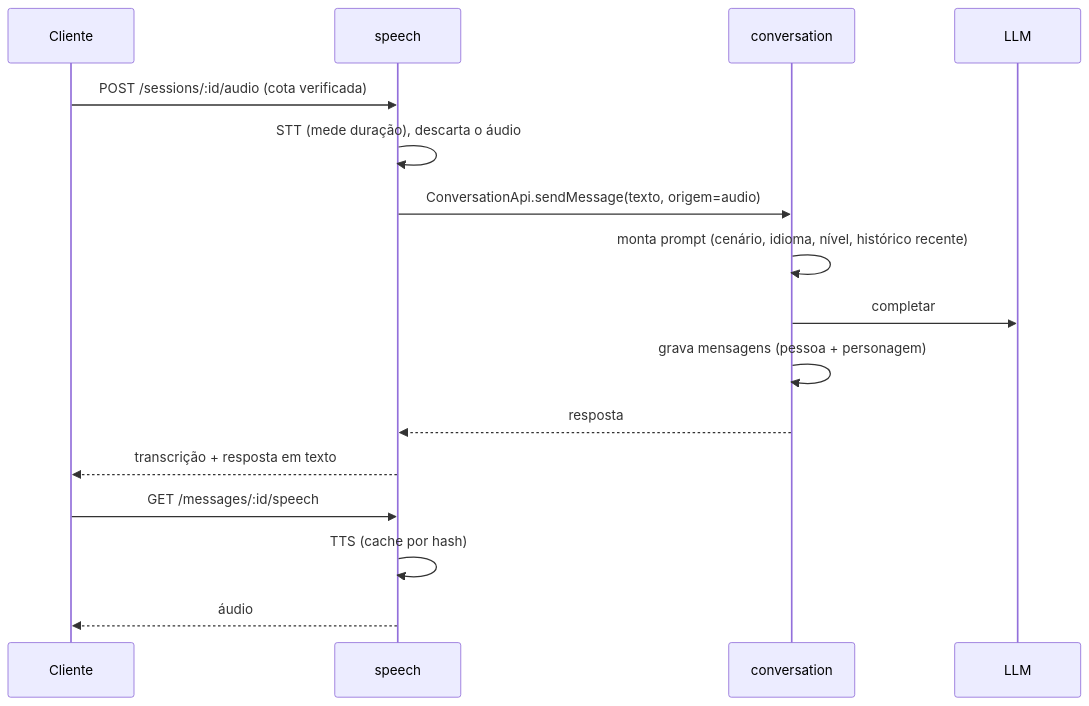
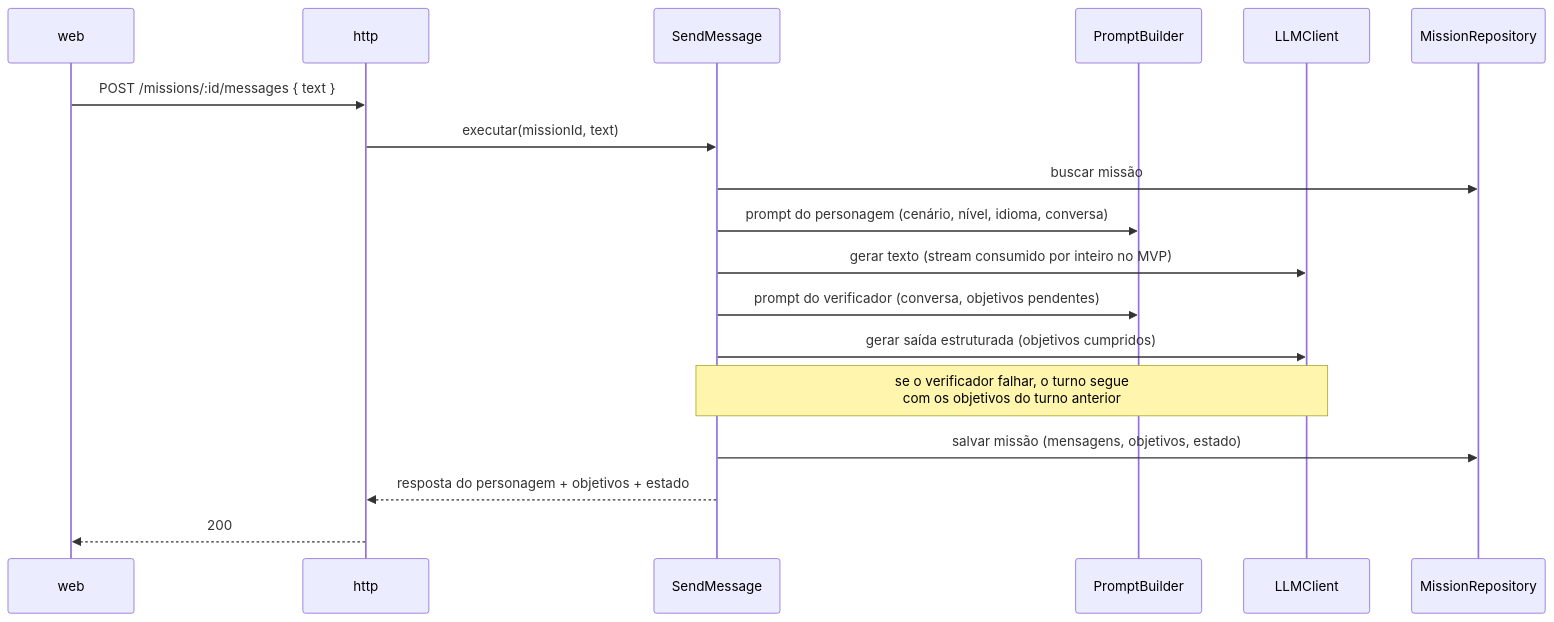
Before and after one commit to BielPimentaDev/languageApp: the third of 3 diagrams in docs/architecture.md, drawn with Mermaid. The commit also changed other lines of this file and 57 other files, not shown here.

````diff
--- a/docs/architecture.md
+++ b/docs/architecture.md
@@ -433,18 +155,20 @@
 ```mermaid
 sequenceDiagram
-  participant C as Cliente
-  participant S as speech
-  participant V as conversation
-  participant L as LLM
-  C->>S: POST /sessions/:id/audio (cota verificada)
-  S->>S: STT (mede duração), descarta o áudio
-  S->>V: ConversationApi.sendMessage(texto, origem=audio)
-  V->>V: monta prompt (cenário, idioma, nível, histórico recente)
-  V->>L: completar
-  V->>V: grava mensagens (pessoa + personagem)
-  V-->>S: resposta
-  S-->>C: transcrição + resposta em texto
-  C->>S: GET /messages/:id/speech
-  S->>S: TTS (cache por hash)
-  S-->>C: áudio
+  participant W as web
+  participant H as http
+  participant S as SendMessage
+  participant P as PromptBuilder
+  participant L as LLMClient
+  participant R as MissionRepository
+  W->>H: POST /missions/:id/messages { text }
+  H->>S: executar(missionId, text)
+  S->>R: buscar missão
+  S->>P: prompt do personagem (cenário, nível, idioma, conversa)
+  S->>L: gerar texto (stream consumido por inteiro no MVP)
+  S->>P: prompt do verificador (conversa, objetivos pendentes)
+  S->>L: gerar saída estruturada (objetivos cumpridos)
+  Note over S,L: se o verificador falhar, o turno segue<br/>com os objetivos do turno anterior
+  S->>R: salvar missão (mensagens, objetivos, estado)
+  S-->>H: resposta do personagem + objetivos + estado
+  H-->>W: 200
 ```
````
